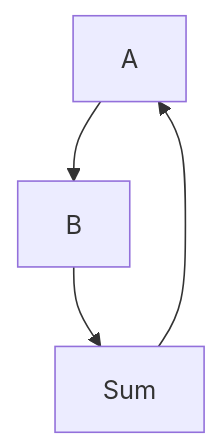
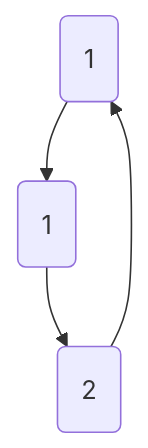
One commit to isimpforobama/Python-Assembly changed the diagram in README.md. Above: the diagram before and after it, drawn with Mermaid.

Commit message:
readmefix

````diff
--- a/README.md
+++ b/README.md
@@ -208,6 +208,6 @@
 ```mermaid
 graph TD;
-        A-->B;
-        B-->Sum;
-        Sum-->A;
+        A(1)-->B(1);
+        B(1)-->Sum;
+        Sum(2)-->A(1);
 ```
````
